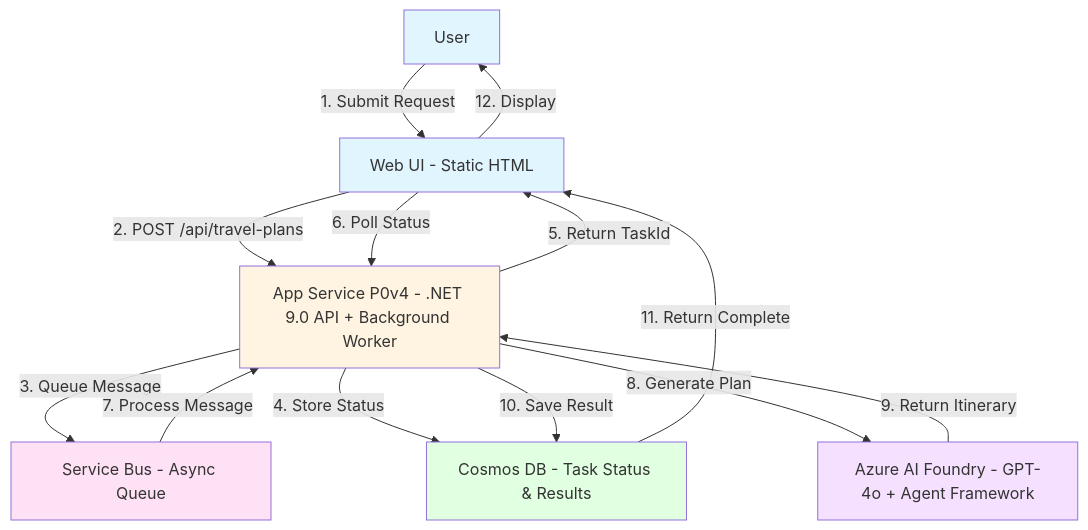
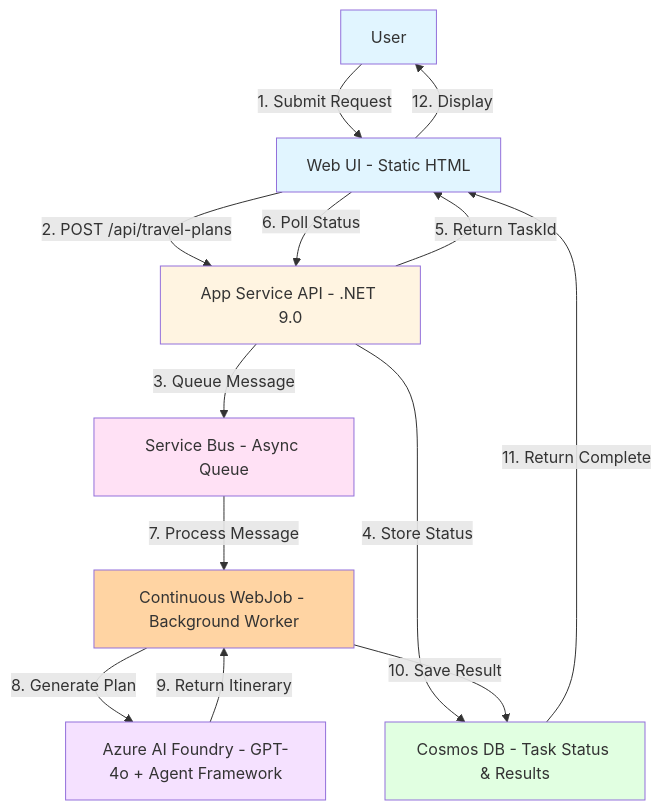
One commit to Azure-Samples/app-service-agent-framework-travel-agent-dotnet-webjob changed the diagram in architecture.md. Above: the diagram before and after it, drawn with Mermaid. The commit also changed other lines of this file, not shown here.

Commit message:
update arch file

````diff
--- a/architecture.md
+++ b/architecture.md
@@ -5,29 +5,31 @@
 ```mermaid
 flowchart TB
     User[User]
     UI[Web UI - Static HTML]
-    AppService[App Service P0v4 - .NET 9.0 API + Background Worker]
+    API[App Service API - .NET 9.0]
+    WebJob[Continuous WebJob - Background Worker]
     ServiceBus[Service Bus - Async Queue]
     Cosmos[Cosmos DB - Task Status & Results]
     AI[Azure AI Foundry - GPT-4o + Agent Framework]
 
     User -->|1. Submit Request| UI
-    UI -->|2. POST /api/travel-plans| AppService
-    AppService -->|3. Queue Message| ServiceBus
-    AppService -->|4. Store Status| Cosmos
-    AppService -->|5. Return TaskId| UI
-    UI -->|6. Poll Status| AppService
-    ServiceBus -->|7. Process Message| AppService
-    AppService -->|8. Generate Plan| AI
-    AI -->|9. Return Itinerary| AppService
-    AppService -->|10. Save Result| Cosmos
+    UI -->|2. POST /api/travel-plans| API
+    API -->|3. Queue Message| ServiceBus
+    API -->|4. Store Status| Cosmos
+    API -->|5. Return TaskId| UI
+    UI -->|6. Poll Status| API
+    ServiceBus -->|7. Process Message| WebJob
+    WebJob -->|8. Generate Plan| AI
+    AI -->|9. Return Itinerary| WebJob
+    WebJob -->|10. Save Result| Cosmos
     Cosmos -->|11. Return Complete| UI
     UI -->|12. Display| User
 
     style User fill:#e1f5ff
     style UI fill:#e1f5ff
-    style AppService fill:#fff4e1
+    style API fill:#fff4e1
+    style WebJob fill:#ffd4a3
     style ServiceBus fill:#ffe1f5
     style Cosmos fill:#e1ffe1
     style AI fill:#f5e1ff
 ```
````
